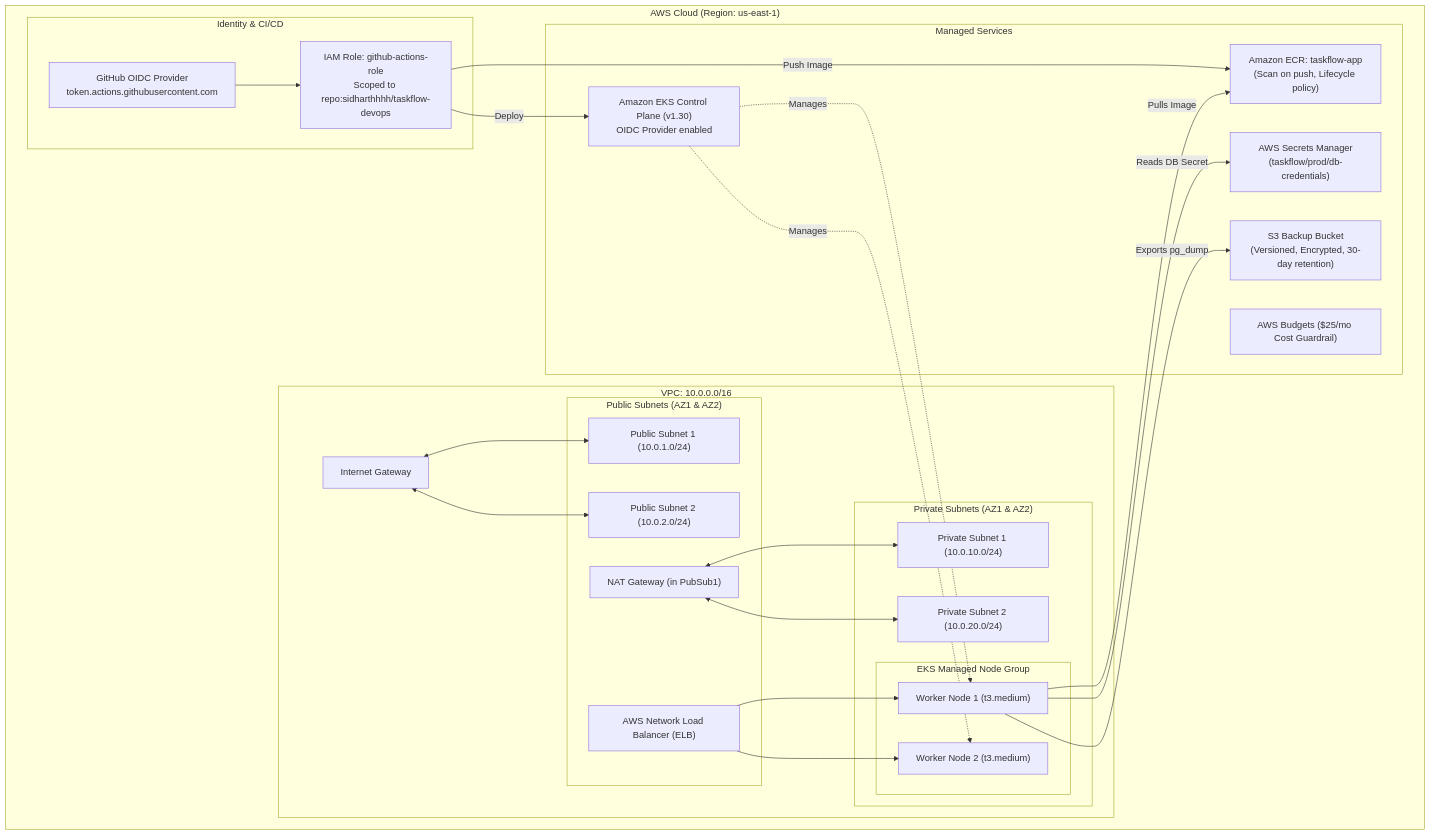
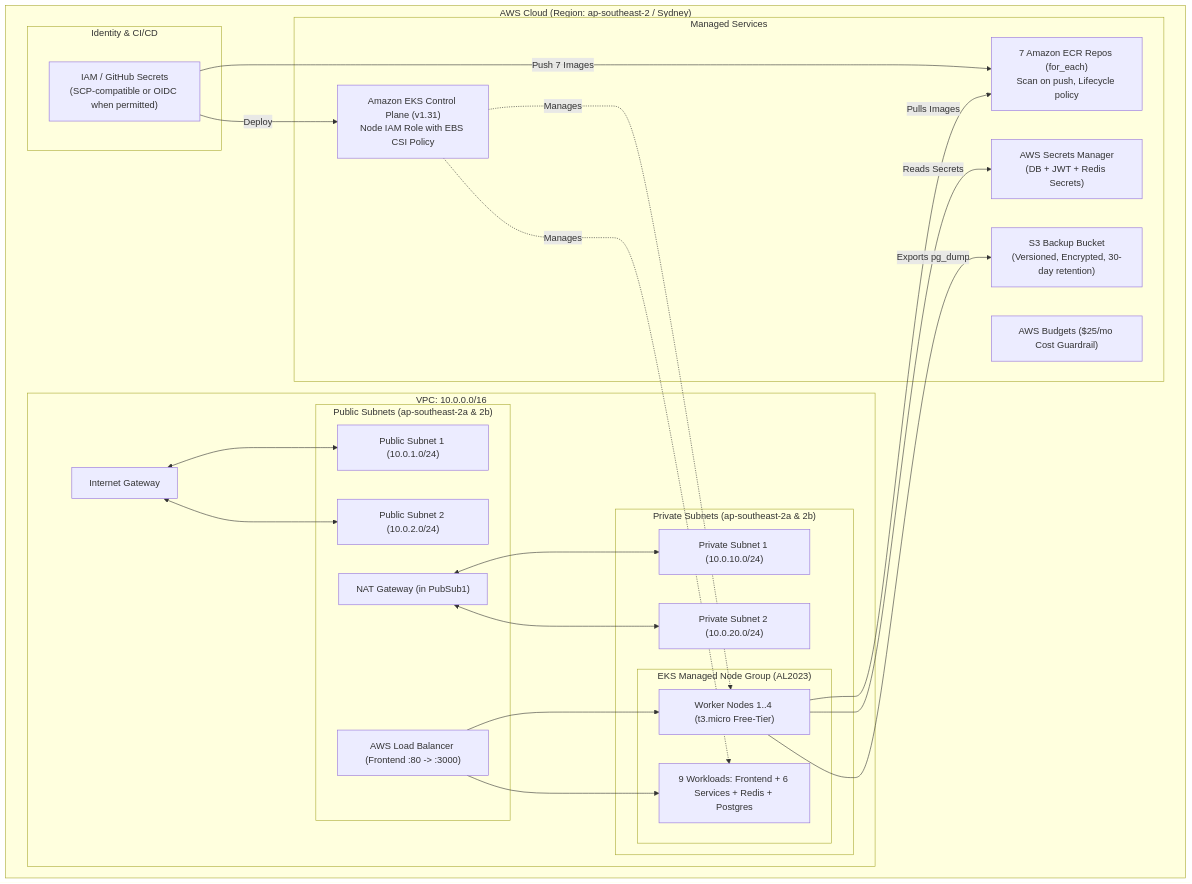
Before and after one commit to sidharthhhh/taskflow-devops: the diagram in terraform/readme/README.md, drawn with Mermaid. The commit also changed 108 other files, not shown here.

````diff
--- a/terraform/readme/README.md
+++ b/terraform/readme/README.md
@@ -9,54 +9,52 @@
 ```mermaid
 flowchart TD
-    subgraph "AWS Cloud (Region: us-east-1)"
+    subgraph "AWS Cloud (Region: ap-southeast-2 / Sydney)"
         subgraph "VPC: 10.0.0.0/16"
             IGW["Internet Gateway"]
             
-            subgraph "Public Subnets (AZ1 & AZ2)"
+            subgraph "Public Subnets (ap-southeast-2a & 2b)"
                 PubSub1["Public Subnet 1 (10.0.1.0/24)"]
                 PubSub2["Public Subnet 2 (10.0.2.0/24)"]
                 NATGW["NAT Gateway (in PubSub1)"]
-                NLB["AWS Network Load Balancer (ELB)"]
+                ELB["AWS Load Balancer (Frontend :80 -> :3000)"]
             end
             
-            subgraph "Private Subnets (AZ1 & AZ2)"
+            subgraph "Private Subnets (ap-southeast-2a & 2b)"
                 PrivSub1["Private Subnet 1 (10.0.10.0/24)"]
                 PrivSub2["Private Subnet 2 (10.0.20.0/24)"]
                 
-                subgraph "EKS Managed Node Group"
-                    Node1["Worker Node 1 (t3.medium)"]
-                    Node2["Worker Node 2 (t3.medium)"]
+                subgraph "EKS Managed Node Group (AL2023)"
+                    Node1["Worker Nodes 1..4 (t3.micro Free-Tier)"]
+                    Node2["9 Workloads: Frontend + 6 Services + Redis + Postgres"]
                 end
             end
             
             IGW <--> PubSub1
             IGW <--> PubSub2
             NATGW <--> PrivSub1
             NATGW <--> PrivSub2
-            NLB --> Node1
-            NLB --> Node2
+            ELB --> Node1
+            ELB --> Node2
         end
 
         subgraph "Managed Services"
-            EKS["Amazon EKS Control Plane (v1.30)<br/>OIDC Provider enabled"]
-            ECR["Amazon ECR: taskflow-app<br/>(Scan on push, Lifecycle policy)"]
-            SM["AWS Secrets Manager<br/>(taskflow/prod/db-credentials)"]
+            EKS["Amazon EKS Control Plane (v1.31)<br/>Node IAM Role with EBS CSI Policy"]
+            ECR["7 Amazon ECR Repos (for_each)<br/>Scan on push, Lifecycle policy"]
+            SM["AWS Secrets Manager<br/>(DB + JWT + Redis Secrets)"]
             S3Backup["S3 Backup Bucket<br/>(Versioned, Encrypted, 30-day retention)"]
             Budget["AWS Budgets ($25/mo Cost Guardrail)"]
         end
 
         subgraph "Identity & CI/CD"
-            GHOIDC["GitHub OIDC Provider<br/>token.actions.githubusercontent.com"]
-            GHRole["IAM Role: github-actions-role<br/>Scoped to repo:sidharthhhh/taskflow-devops"]
+            IAM["IAM / GitHub Secrets<br/>(SCP-compatible or OIDC when permitted)"]
         end
     end
 
     EKS -.->|Manages| Node1
     EKS -.->|Manages| Node2
-    GHOIDC --> GHRole
-    GHRole -->|Push Image| ECR
-    GHRole -->|Deploy| EKS
-    Node1 -->|Pulls Image| ECR
-    Node1 -->|Reads DB Secret| SM
+    IAM -->|Push 7 Images| ECR
+    IAM -->|Deploy| EKS
+    Node1 -->|Pulls Images| ECR
+    Node1 -->|Reads Secrets| SM
     Node1 -->|Exports pg_dump| S3Backup
 ```
````
